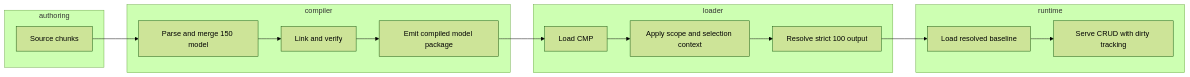
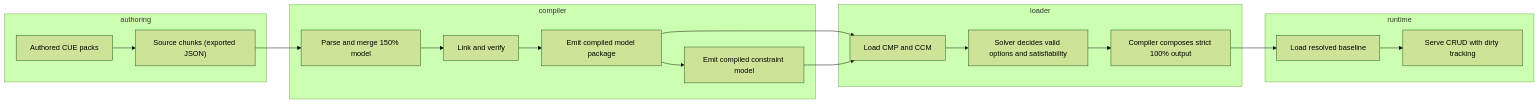
Before and after one commit to configflux/configflux: the first of 2 diagrams in docs/model-spec.md, drawn with Mermaid (forest theme). The commit also changed other lines of this file and 206 other files, not shown here.

````diff
--- a/docs/model-spec.md
+++ b/docs/model-spec.md
@@ -20,25 +23,27 @@
 ```mermaid
 flowchart LR
   subgraph authoring
-    s1["Source chunks"]
+    s0["Authored CUE packs"] --> s1["Source chunks (exported JSON)"]
   end
 
   subgraph compiler
-    c1["Parse and merge 150 model"]
+    c1["Parse and merge 150% model"]
     c2["Link and verify"]
     c3["Emit compiled model package"]
+    c4["Emit compiled constraint model"]
   end
 
   subgraph loader
-    l1["Load CMP"]
-    l2["Apply scope and selection context"]
-    l3["Resolve strict 100 output"]
+    l1["Load CMP and CCM"]
+    l2["Solver decides valid options and satisfiability"]
+    l3["Compiler composes strict 100% output"]
   end
 
   subgraph runtime
     r1["Load resolved baseline"]
     r2["Serve CRUD with dirty tracking"]
   end
 
   s1 --> c1 --> c2 --> c3 --> l1 --> l2 --> l3 --> r1 --> r2
+  c3 --> c4 --> l1
 ```
````
